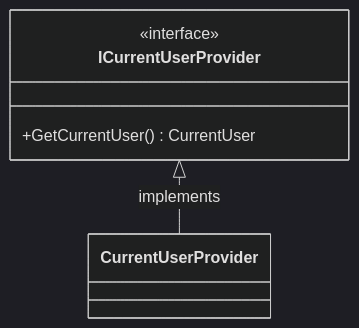
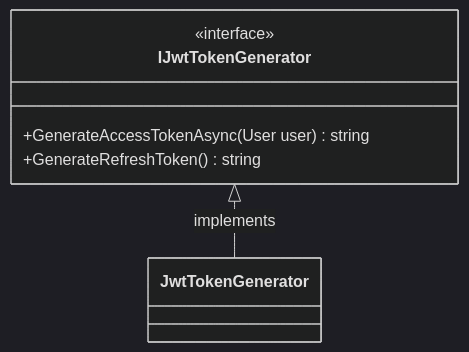
The third of 7 diagrams in backend/source/Domain/Identity.md (snicoper/agenda-manager-docs), drawn with Mermaid (dark theme) before and after one commit. The commit also changed other lines of this file and 1 other file, not shown here.

````diff
--- a/backend/source/Domain/Identity.md
+++ b/backend/source/Domain/Identity.md
@@ -97,12 +94,10 @@
 ```mermaid
 classDiagram
-    class ICurrentUserProvider{
+    class IJwtTokenGenerator {
         <<interface>>
-        +GetCurrentUser() CurrentUser
+        +GenerateAccessTokenAsync(User user) string
+        +GenerateRefreshToken() string
     }
 
-    class CurrentUserProvider{
-    }
-
-    ICurrentUserProvider <|-- CurrentUserProvider : implements
+    IJwtTokenGenerator <|-- JwtTokenGenerator : implements
 ```
````
